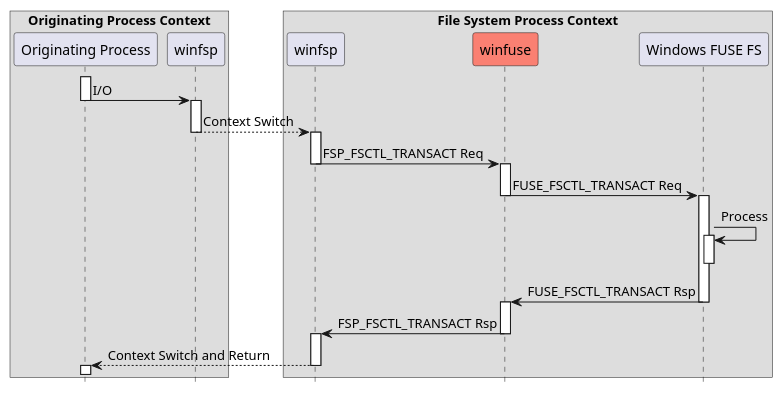
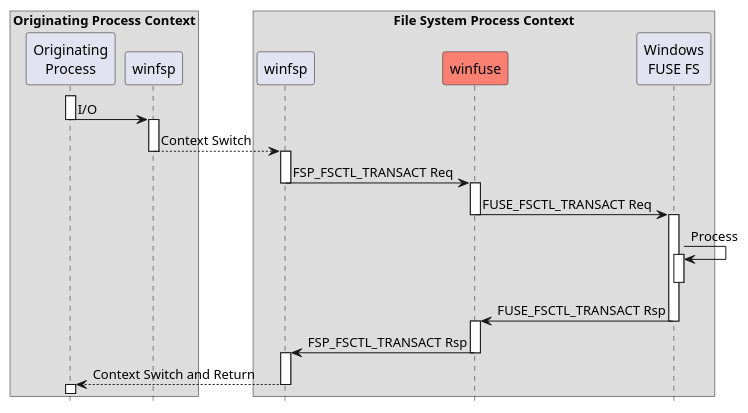
One commit to billziss-gh/winfuse changed the diagram in doc/winseq.puml. Above: the diagram before and after it, drawn with PlantUML. The commit also changed 5 other files, not shown here.

Commit message:
doc: update diagrams

```diff
--- a/doc/winseq.puml
+++ b/doc/winseq.puml
@@ -1,37 +1,37 @@
 hide footbox
 
 box "Originating Process Context"
-    participant "Originating Process" as OP
+    participant "Originating\nProcess" as OP
     participant "winfsp" as winfspOP
 end box
 box "File System Process Context"
     participant "winfsp" as winfspFS
     participant winfuse #Salmon
-    participant "Windows FUSE FS" as FS
+    participant "Windows\nFUSE FS" as FS
 end box
 
 activate OP
 OP->winfspOP: I/O
 deactivate OP
 activate winfspOP
 winfspOP-->winfspFS: Context Switch
 deactivate winfspOP
 activate winfspFS
 winfspFS->winfuse: FSP_FSCTL_TRANSACT Req
 deactivate winfspFS
 activate winfuse
 winfuse->FS: FUSE_FSCTL_TRANSACT Req
 deactivate winfuse
 activate FS
 FS->FS: Process
 activate FS
 deactivate FS
 FS->winfuse: FUSE_FSCTL_TRANSACT Rsp
 deactivate FS
 activate winfuse
 winfuse->winfspFS: FSP_FSCTL_TRANSACT Rsp
 deactivate winfuse
 activate winfspFS
 winfspFS-->OP: Context Switch and Return
 deactivate winfspFS
 activate OP
```
